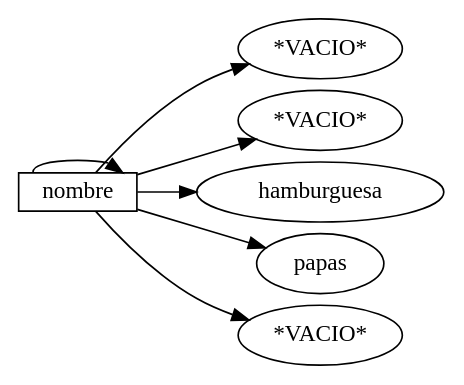
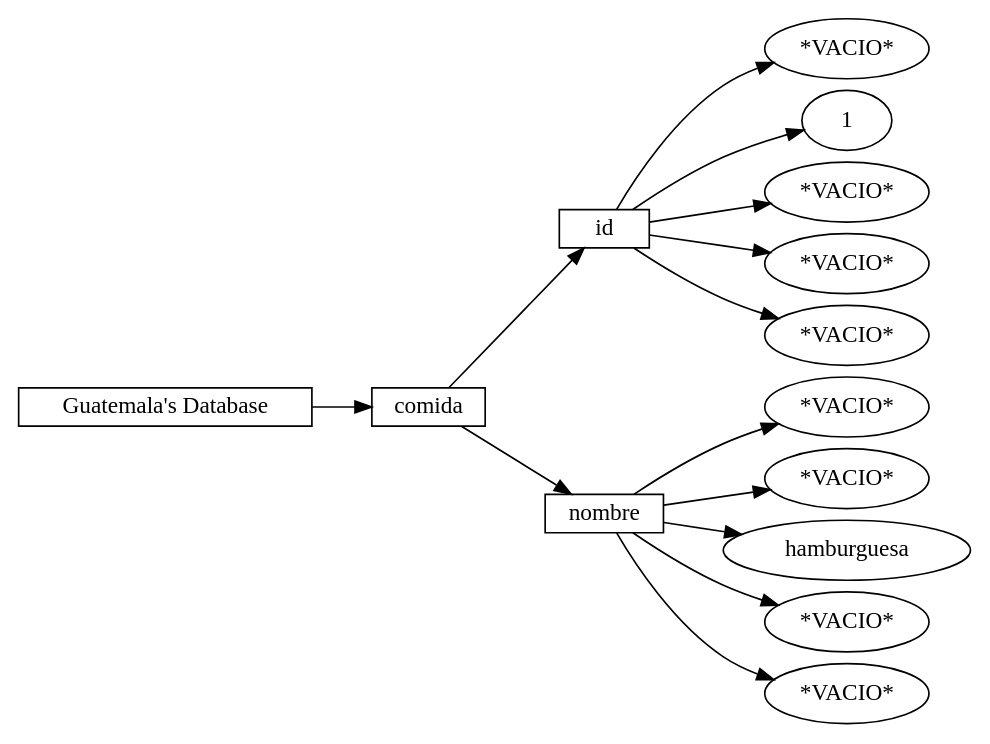
One commit to Fxhnd13/EstructuraDeDatos_Proyecto_2 changed the diagram in Docs/Grafico.dot. Above: the diagram before and after it, drawn with Graphviz. The commit also changed 6 other files, not shown here.

```diff
--- a/Docs/Grafico.dot
+++ b/Docs/Grafico.dot
@@ -1,16 +1,31 @@
 digraph G {
      nodesep=.1;
      rankdir=LR;
-     node0 -> node0;
-     node0 [label="nombre", shape=record, height=.1];
+     node0 [label="Guatemala's Database", shape=record, height=.1];
      node0 -> node1;
-     node1 [label="*VACIO*"];
-     node0 -> node2;
-     node2 [label="*VACIO*"];
-     node0 -> node3;
-     node3 [label="hamburguesa"];
-     node0 -> node4;
-     node4 [label="papas"];
-     node0 -> node5;
+     node1 [label="comida", shape=record, height=.1];
+     node1 -> node2;
+     node2 [label="id", shape=record, height=.1];
+     node2 -> node3;
+     node3 [label="*VACIO*"];
+     node2 -> node4;
+     node4 [label="1"];
+     node2 -> node5;
      node5 [label="*VACIO*"];
+     node2 -> node6;
+     node6 [label="*VACIO*"];
+     node2 -> node7;
+     node7 [label="*VACIO*"];
+     node1 -> node8;
+     node8 [label="nombre", shape=record, height=.1];
+     node8 -> node9;
+     node9 [label="*VACIO*"];
+     node8 -> node10;
+     node10 [label="*VACIO*"];
+     node8 -> node11;
+     node11 [label="hamburguesa"];
+     node8 -> node12;
+     node12 [label="*VACIO*"];
+     node8 -> node13;
+     node13 [label="*VACIO*"];
 }
```
